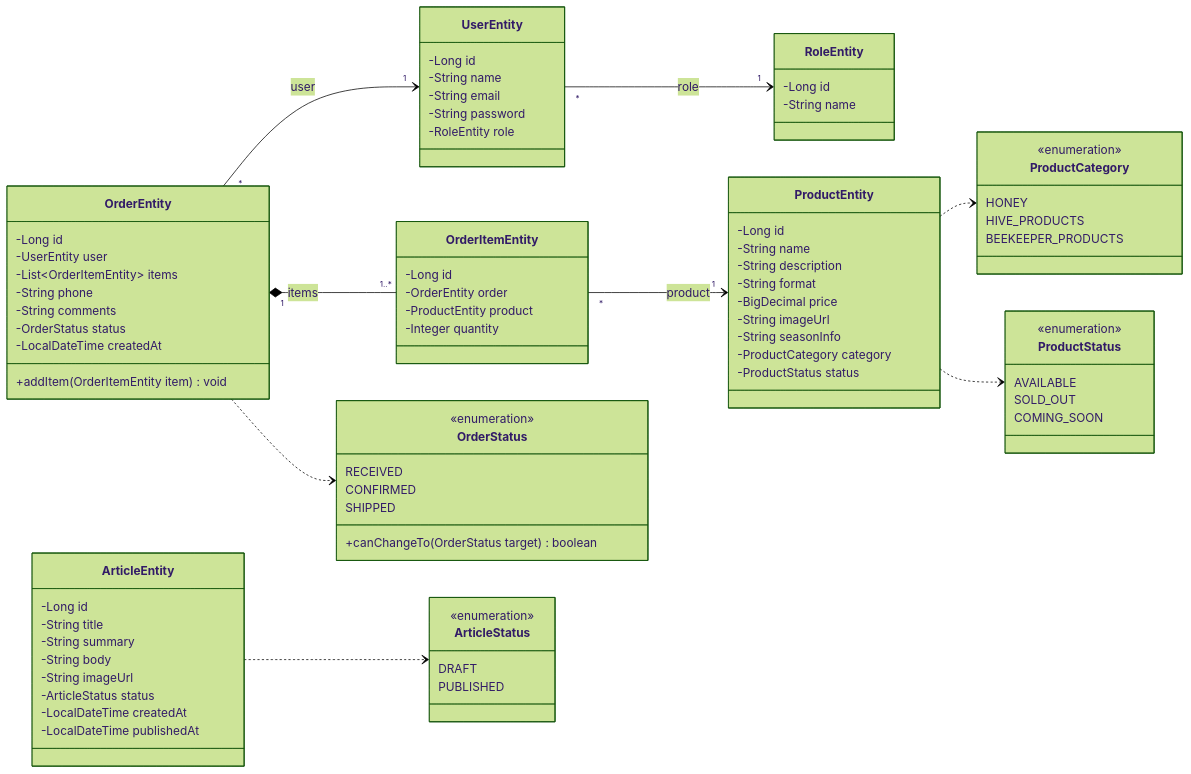
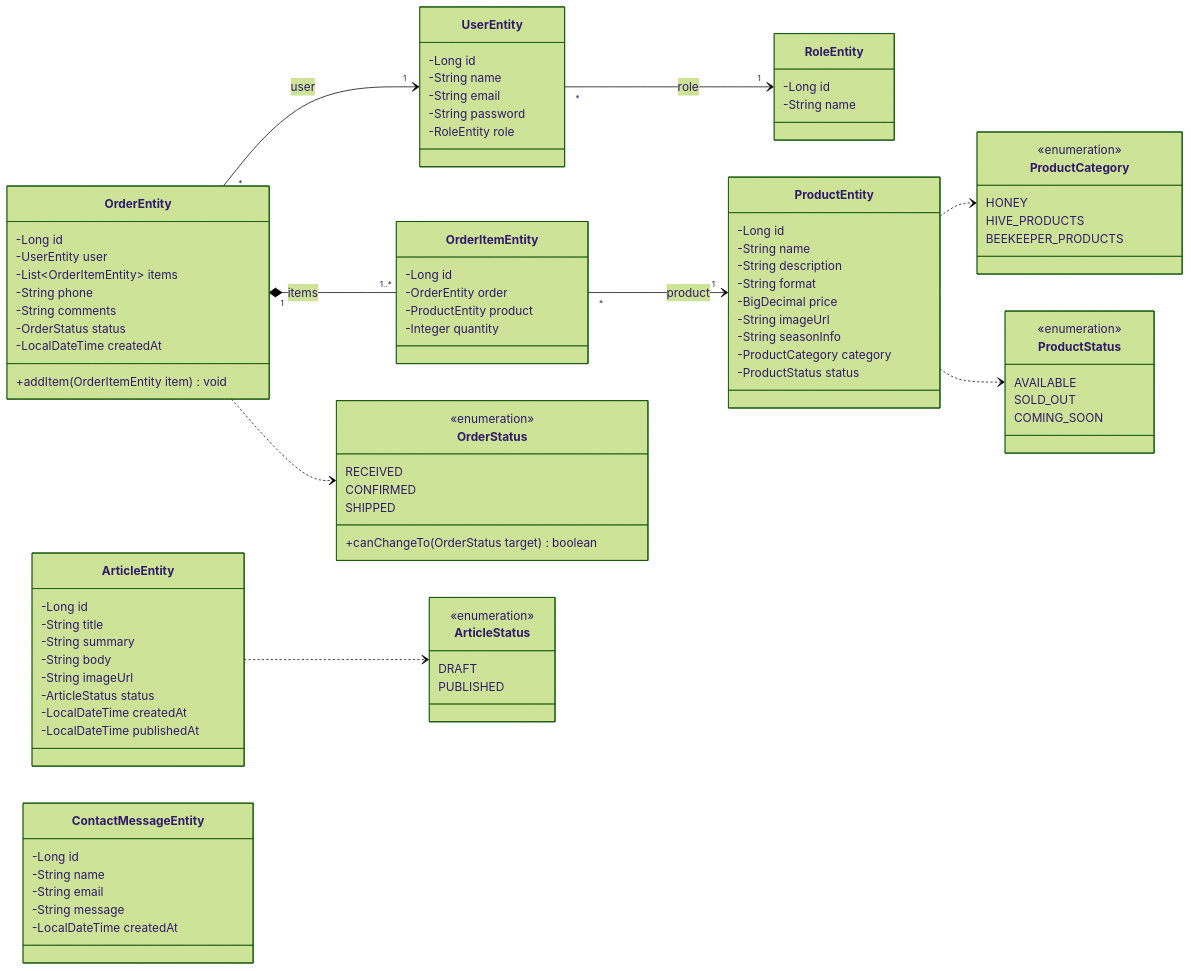
The second of 3 diagrams in README.md (gmp395/mielchende-backend), drawn with Mermaid (forest theme) before and after one commit. The commit also changed other lines of this file and 2 other files, not shown here.

Commit message:
docs: update README with contact form, captcha and test coverage

```diff
--- a/README.md
+++ b/README.md
@@ -186,6 +197,13 @@
         -LocalDateTime createdAt
         -LocalDateTime publishedAt
     }
+    class ContactMessageEntity {
+        -Long id
+        -String name
+        -String email
+        -String message
+        -LocalDateTime createdAt
+    }
     class ProductCategory {
         <<enumeration>>
         HONEY
```
